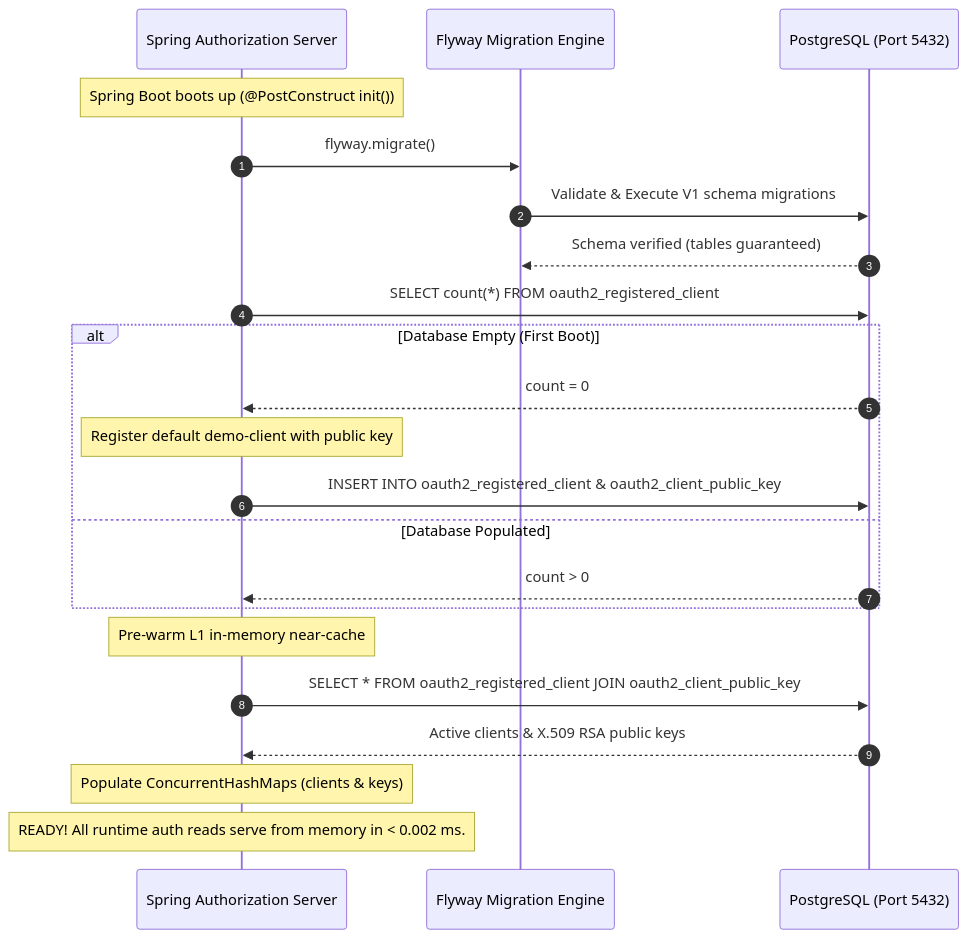
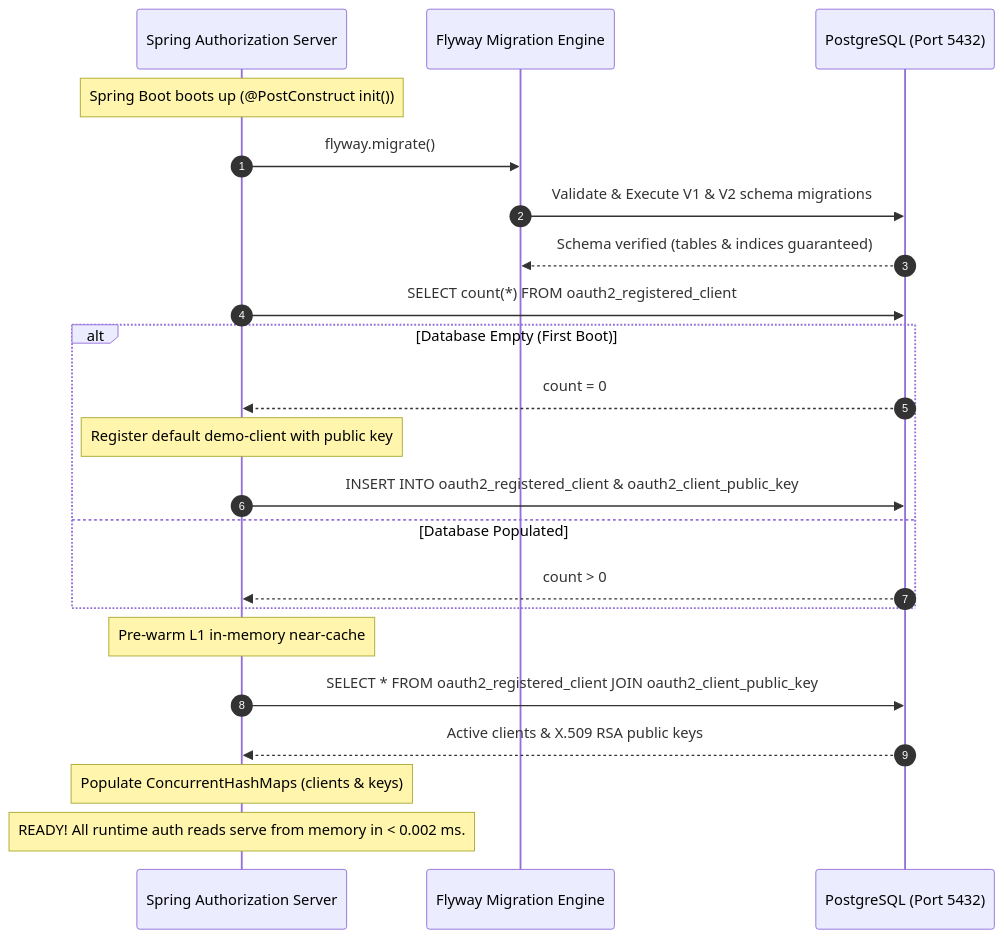
One commit to shoeyn/oauth-server changed the second of 4 diagrams in docs/architecture/client_config_and_caching_flow.md. Above: the diagram before and after it, drawn with Mermaid. The commit also changed 12 other files, not shown here.

````diff
--- a/docs/architecture/client_config_and_caching_flow.md
+++ b/docs/architecture/client_config_and_caching_flow.md
@@ -47,27 +47,27 @@
 ```mermaid
 sequenceDiagram
     autonumber
     participant Spring as Spring Authorization Server
     participant Flyway as Flyway Migration Engine
     participant PG as PostgreSQL (Port 5432)
 
     Note over Spring: Spring Boot boots up (@PostConstruct init())
     Spring->>Flyway: flyway.migrate()
-    Flyway->>PG: Validate & Execute V1 schema migrations
-    PG-->>Flyway: Schema verified (tables guaranteed)
+    Flyway->>PG: Validate & Execute V1 & V2 schema migrations
+    PG-->>Flyway: Schema verified (tables & indices guaranteed)
 
     Spring->>PG: SELECT count(*) FROM oauth2_registered_client
     alt Database Empty (First Boot)
         PG-->>Spring: count = 0
         Note over Spring: Register default demo-client with public key
         Spring->>PG: INSERT INTO oauth2_registered_client & oauth2_client_public_key
     else Database Populated
         PG-->>Spring: count > 0
     end
 
     Note over Spring: Pre-warm L1 in-memory near-cache
     Spring->>PG: SELECT * FROM oauth2_registered_client JOIN oauth2_client_public_key
     PG-->>Spring: Active clients & X.509 RSA public keys
     Note over Spring: Populate ConcurrentHashMaps (clients & keys)
     Note over Spring: READY! All runtime auth reads serve from memory in < 0.002 ms.
 ```
````
